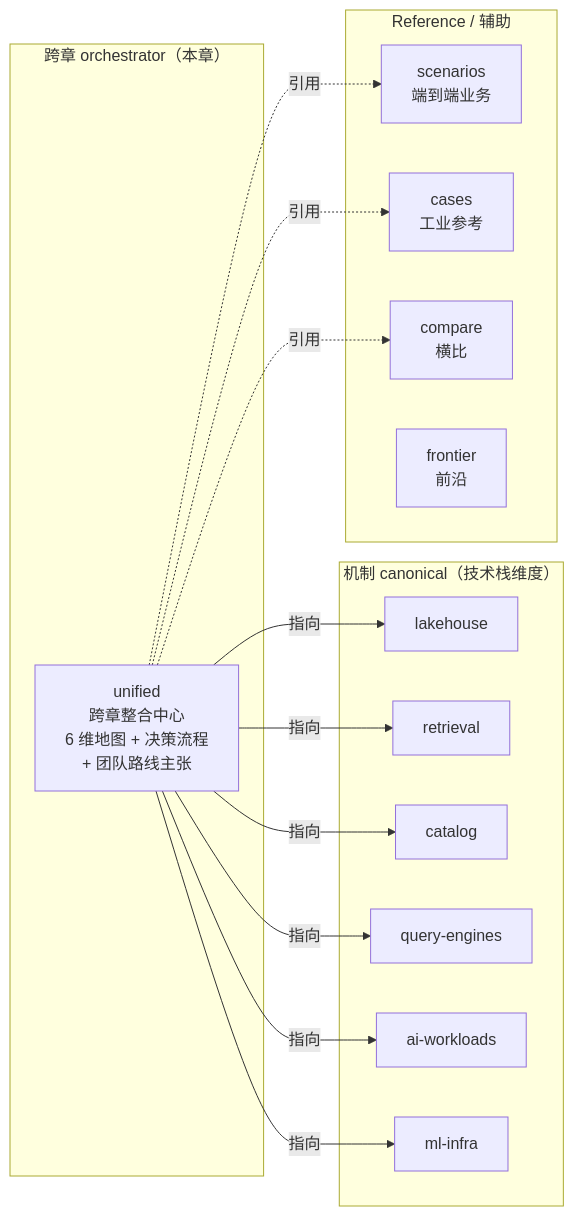
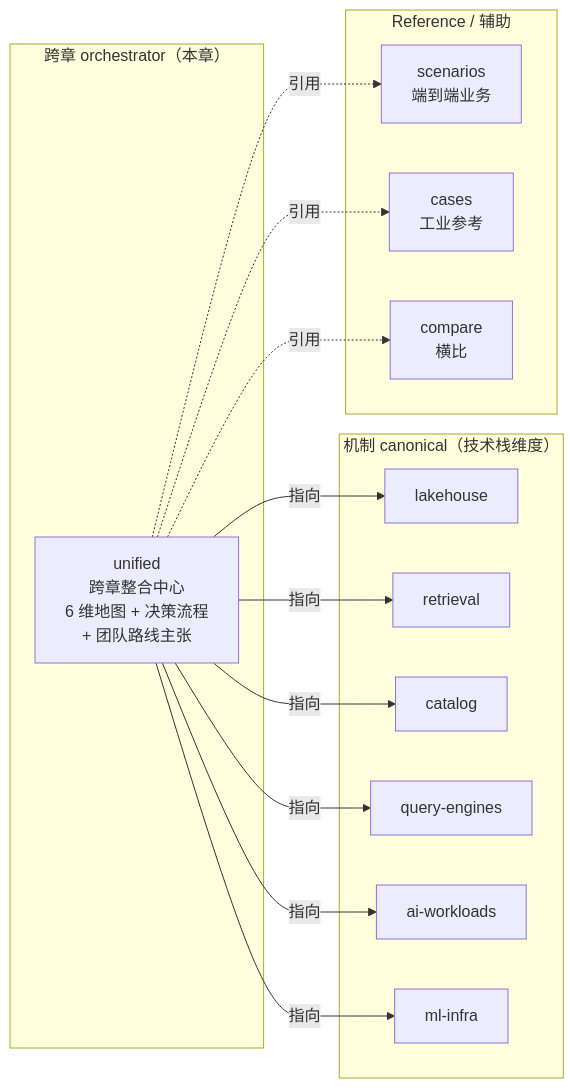
Before and after one commit to wangyong9999/lakehouse-wiki: the second of 2 diagrams in docs/unified/index.md, drawn with Mermaid. The commit also changed other lines of this file and 17 other files, not shown here.

````diff
--- a/docs/unified/index.md
+++ b/docs/unified/index.md
@@ -230,25 +230,24 @@
 ```mermaid
 flowchart LR
   subgraph "机制 canonical（技术栈维度）"
     lh[lakehouse]
     ret[retrieval]
     cat[catalog]
     qe[query-engines]
     ai[ai-workloads]
     ml[ml-infra]
   end
   
   subgraph "跨章 orchestrator（本章）"
     uni[unified<br/>跨章整合中心<br/>6 维地图 + 决策流程<br/>+ 团队路线主张]
   end
   
   subgraph "Reference / 辅助"
     sc[scenarios<br/>端到端业务]
     cs[cases<br/>工业参考]
     cmp[compare<br/>横比]
-    fr[frontier<br/>前沿]
   end
   
   uni -->|指向| lh & ret & cat & qe & ai & ml
   uni -.引用.-> cs & sc & cmp
 ```
````
